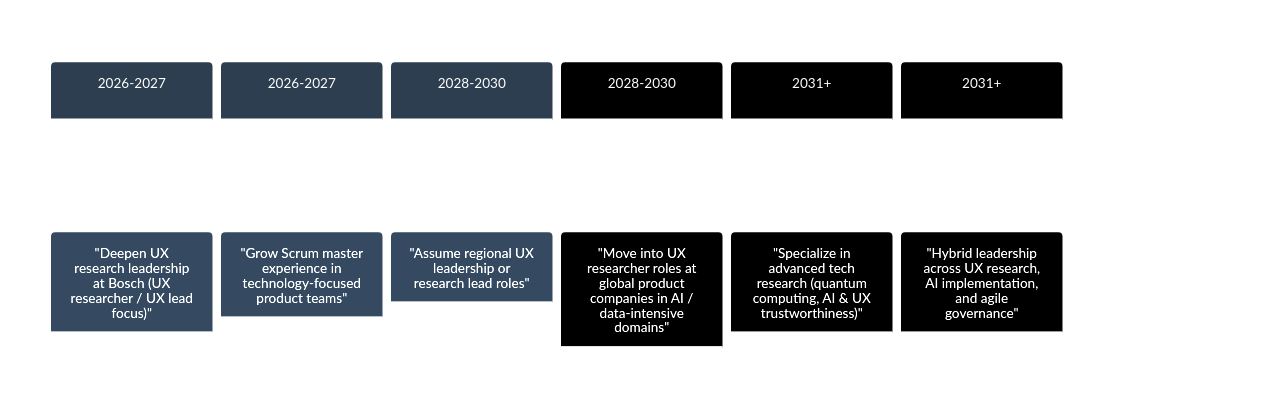
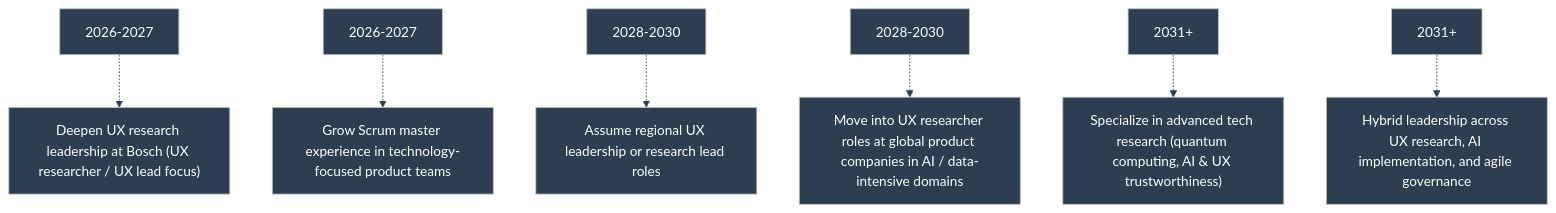
Diagram 11 of 12 in portfolio/mermaid/diagrams.md (duducm2/my-personal-repo), drawn with Mermaid before and after one commit. The commit also changed other lines of this file, not shown here.

Commit message:
Refactor experience timeline and future career path sections in Mermaid diagrams to improve clarity and visual representation. Replace timeline format with flowchart structure, enhancing the organization of roles and experiences.

````diff
--- a/portfolio/mermaid/diagrams.md
+++ b/portfolio/mermaid/diagrams.md
@@ -199,11 +198,10 @@
 ```mermaid
-%%{init: {'theme': 'base', 'themeVariables': { 'cScale0': '#2c3e50', 'cScale1': '#2c3e50', 'cScale2': '#2c3e50', 'primaryColor': '#2c3e50', 'primaryTextColor': '#fff', 'primaryBorderColor': '#bdc3c7', 'fontFamily': 'Lato'}}}%%
-timeline
-    title Future Career Path
-    2026-2027 : "Deepen UX research leadership at Bosch (UX researcher / UX lead focus)"
-    2026-2027 : "Grow Scrum master experience in technology-focused product teams"
-    2028-2030 : "Assume regional UX leadership or research lead roles"
-    2028-2030 : "Move into UX researcher roles at global product companies in AI / data-intensive domains"
-    2031+ : "Specialize in advanced tech research (quantum computing, AI & UX trustworthiness)"
-    2031+ : "Hybrid leadership across UX research, AI implementation, and agile governance"
+%%{init: {'theme': 'base', 'themeVariables': { 'primaryColor': '#2c3e50', 'primaryTextColor': '#fff', 'primaryBorderColor': '#bdc3c7', 'lineColor': '#2c3e50', 'fontFamily': 'Lato'}}}%%
+flowchart TD
+  D1["2026-2027"] -.-> E1["Deepen UX research leadership at Bosch (UX researcher / UX lead focus)"]
+  D2["2026-2027"] -.-> E2["Grow Scrum master experience in technology-focused product teams"]
+  D3["2028-2030"] -.-> E3["Assume regional UX leadership or research lead roles"]
+  D4["2028-2030"] -.-> E4["Move into UX researcher roles at global product companies in AI / data-intensive domains"]
+  D5["2031+"] -.-> E5["Specialize in advanced tech research (quantum computing, AI & UX trustworthiness)"]
+  D6["2031+"] -.-> E6["Hybrid leadership across UX research, AI implementation, and agile governance"]
 ```
````
